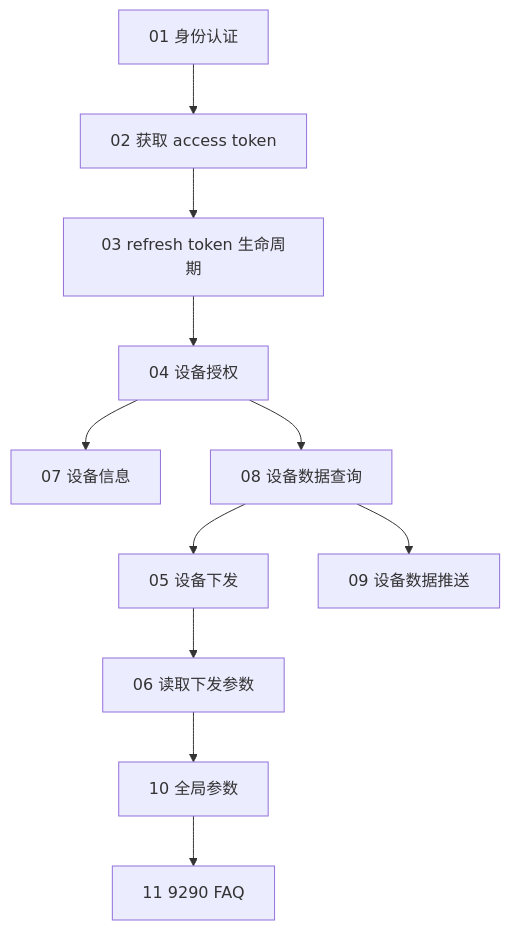
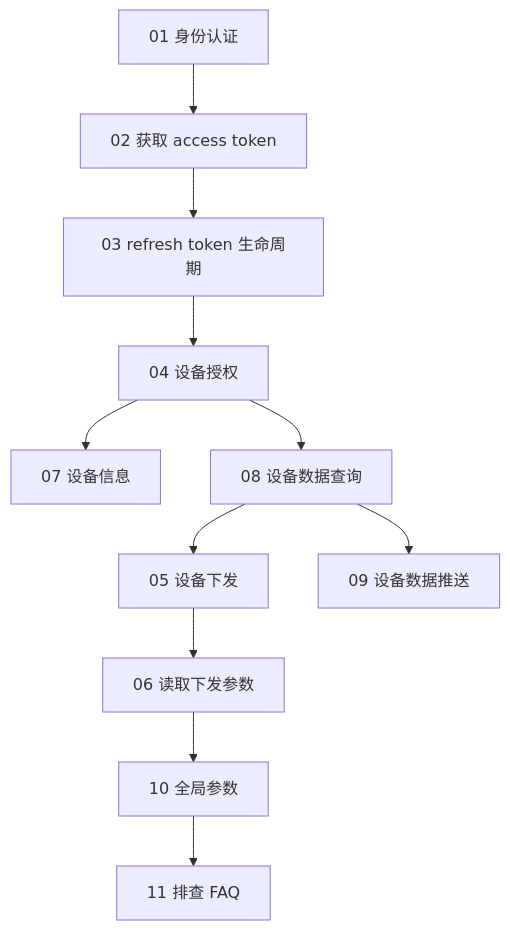
Before and after one commit to EugeneJian/growatt-unified-api: the diagram in Growatt API/OPENAPI.zh-CN/README.md, drawn with Mermaid. The commit also changed other lines of this file and 27 other files, not shown here.

````diff
--- a/Growatt API/OPENAPI.zh-CN/README.md
+++ b/Growatt API/OPENAPI.zh-CN/README.md
@@ -9,14 +9,14 @@
 ```mermaid
 %% 本代码严格遵循AI生成Mermaid代码的终极准则v4.1（Mermaid终极大师）
 flowchart TD
     A["01 身份认证"] --> B["02 获取 access token"]
     B --> C["03 refresh token 生命周期"]
     C --> D["04 设备授权"]
     D --> E["07 设备信息"]
     D --> F["08 设备数据查询"]
     F --> G["05 设备下发"]
     G --> H["06 读取下发参数"]
     F --> I["09 设备数据推送"]
     H --> J["10 全局参数"]
-    J --> K["11 9290 FAQ"]
+    J --> K["11 排查 FAQ"]
 ```
````
